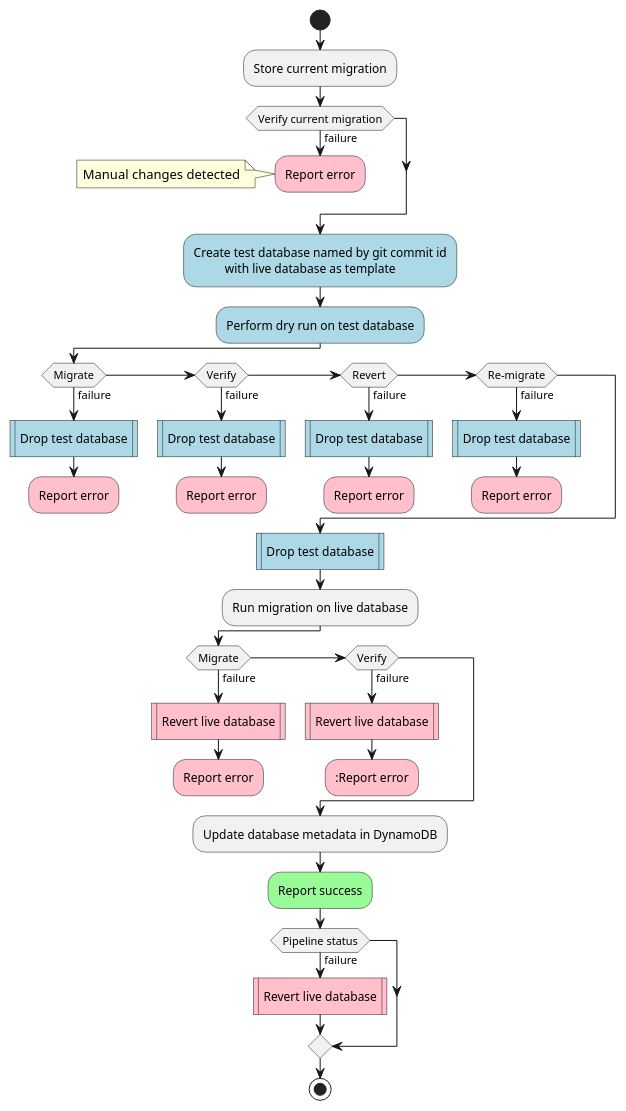
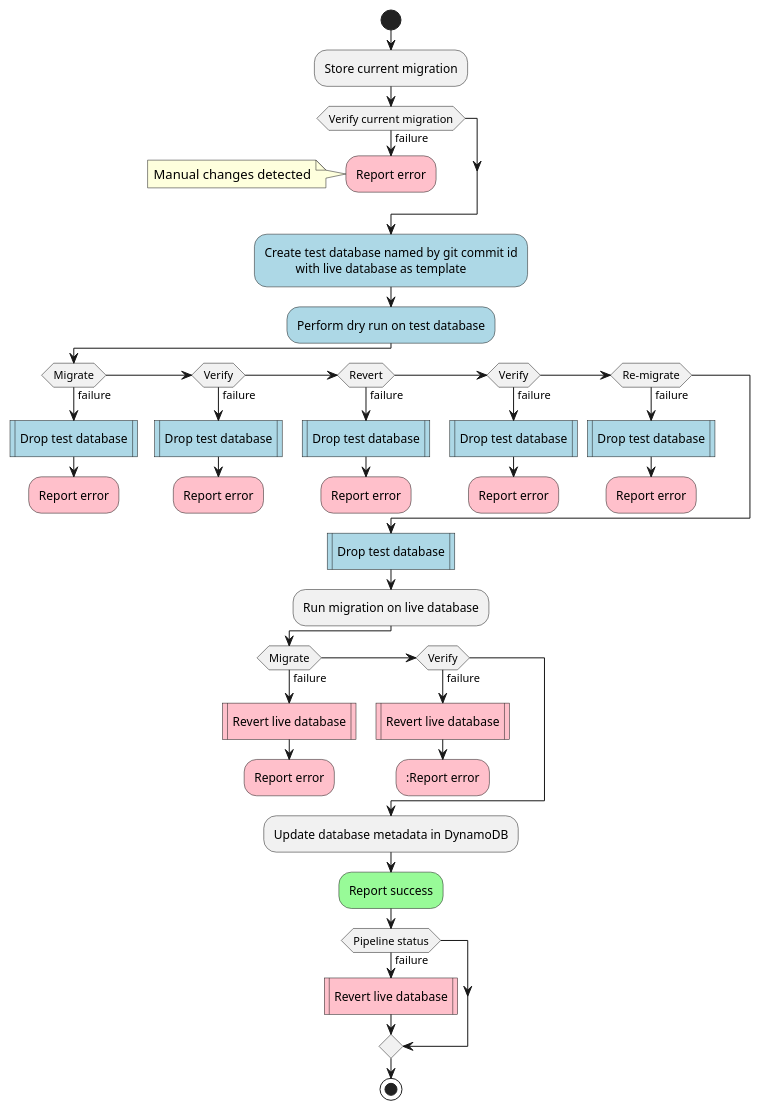
The diagram in docs/database_migrations.puml (ttfkam/gs2021), drawn with PlantUML before and after one commit. The commit also changed 52 other files, not shown here.

```diff
--- a/docs/database_migrations.puml
+++ b/docs/database_migrations.puml
@@ -1,48 +1,52 @@
 @startuml Database migration
 start
 :Store current migration;
 if (Verify current migration) then (failure)
   #pink:Report error;
   note left: Manual changes detected
   kill
 endif
 #lightblue:Create test database named by git commit id
           with live database as template;
 #lightblue:Perform dry run on test database;
 if (Migrate) then (failure)
   #lightblue:Drop test database|
   #pink:Report error;
   kill
 elseif (Verify) then (failure)
   #lightblue:Drop test database|
   #pink:Report error;
   kill
 elseif (Revert) then (failure)
+  #lightblue:Drop test database|
+  #pink:Report error;
+  kill
+elseif (Verify) then (failure)
   #lightblue:Drop test database|
   #pink:Report error;
   kill
 elseif (Re-migrate) then (failure)
   #lightblue:Drop test database|
   #pink:Report error;
   kill
 else
 endif
 #lightblue:Drop test database|
 :Run migration on live database;
 if (Migrate) then (failure)
   #pink:Revert live database|
   #pink:Report error;
   kill
 elseif (Verify) then (failure)
   #pink:Revert live database|
   #pink::Report error;
   kill
 else
 endif
 :Update database metadata in DynamoDB;
 #palegreen:Report success;
 if (Pipeline status) then (failure)
   #pink:Revert live database|
 endif
 stop
 @enduml
```
